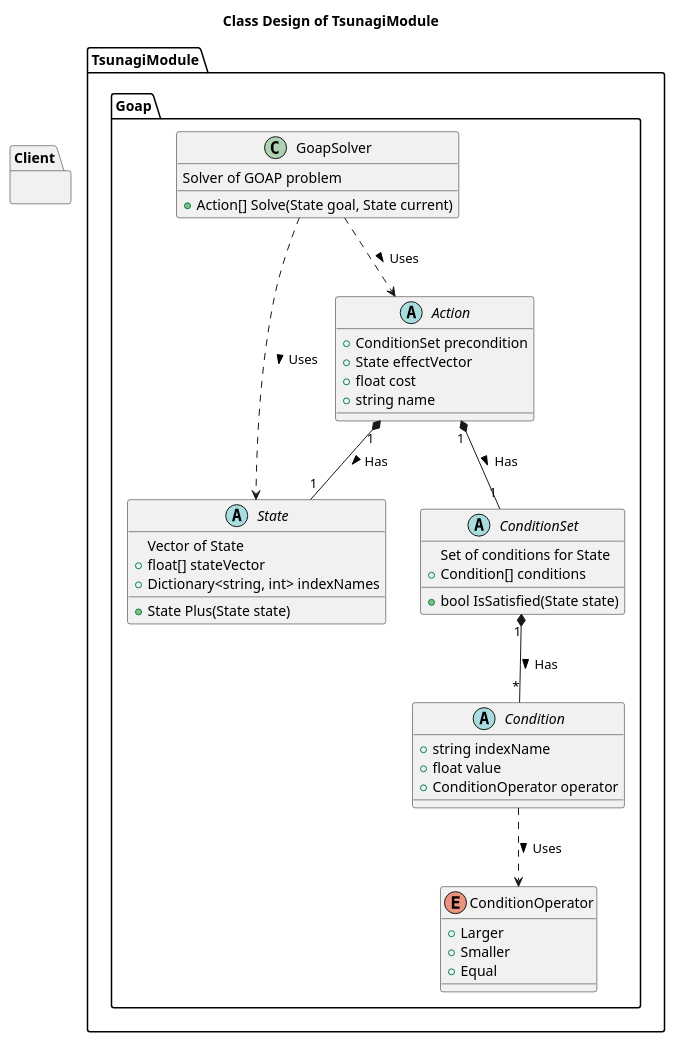
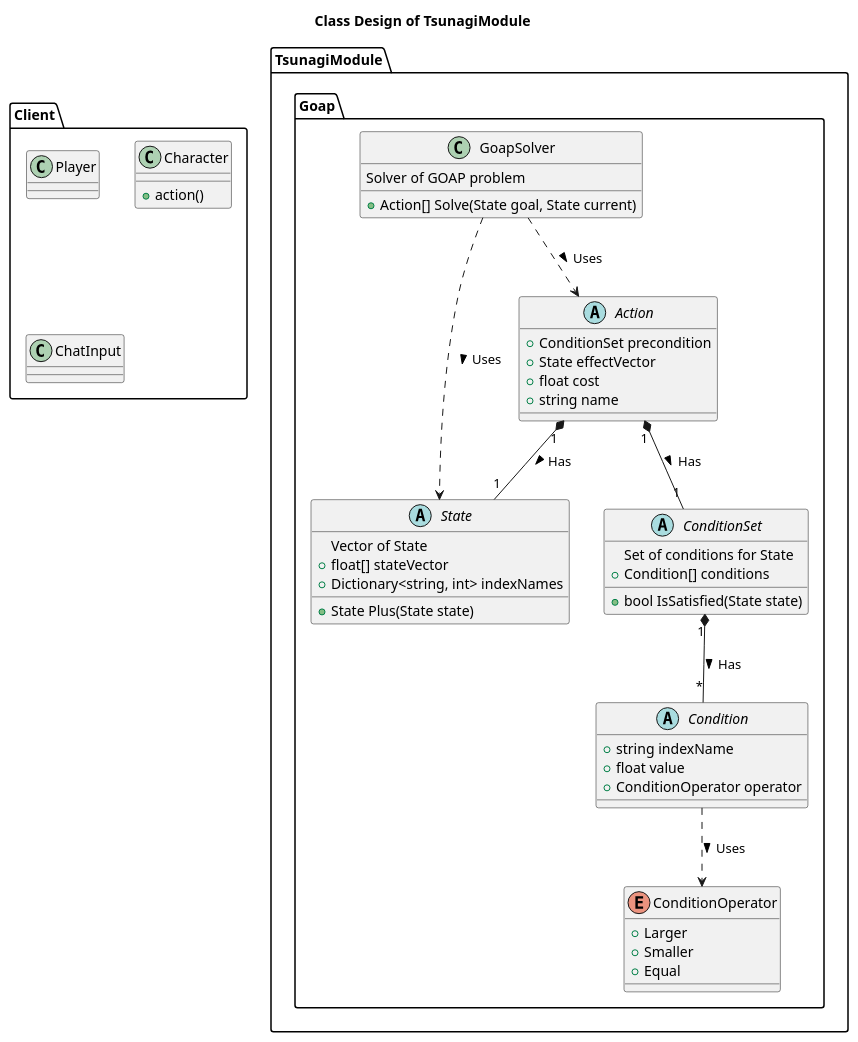
Before and after one commit to tsunagi-ai/UnityModuleDesign: the diagram in classes.puml, drawn with PlantUML.

Commit message:
temporary Client classes

```diff
--- a/classes.puml
+++ b/classes.puml
@@ -1,55 +1,65 @@
 @startuml
 title Class Design of TsunagiModule
 
 package TsunagiModule {
 
   package Goap{
     class GoapSolver {
       Solver of GOAP problem
       +Action[] Solve(State goal, State current)
     }
 
     abstract State{
       Vector of State
       +State Plus(State state)
       +float[] stateVector
       +Dictionary<string, int> indexNames
     }
     GoapSolver ..> State : Uses >
 
     abstract Action {
       +ConditionSet precondition
       +State effectVector
       +float cost
       +string name
     }
     GoapSolver ..> Action : Uses >
     Action "1" *-- "1" State : Has >
 
     abstract ConditionSet{
       Set of conditions for State
       +bool IsSatisfied(State state)
       +Condition[] conditions
     }
     Action "1" *-- "1" ConditionSet : Has >
 
     abstract Condition{
       +string indexName
       +float value
       +ConditionOperator operator
     }
     ConditionSet "1" *-- "*" Condition : Has >
 
     enum ConditionOperator {
       +Larger
       +Smaller
       +Equal
     }
     Condition ..> ConditionOperator : Uses >
   }
 }
 
 package Client{
+  class Player {
+  }
+
+  class Character {
+    +action()
+  }
+
+  class ChatInput {
+
+  }
 }
 
 @enduml
```
